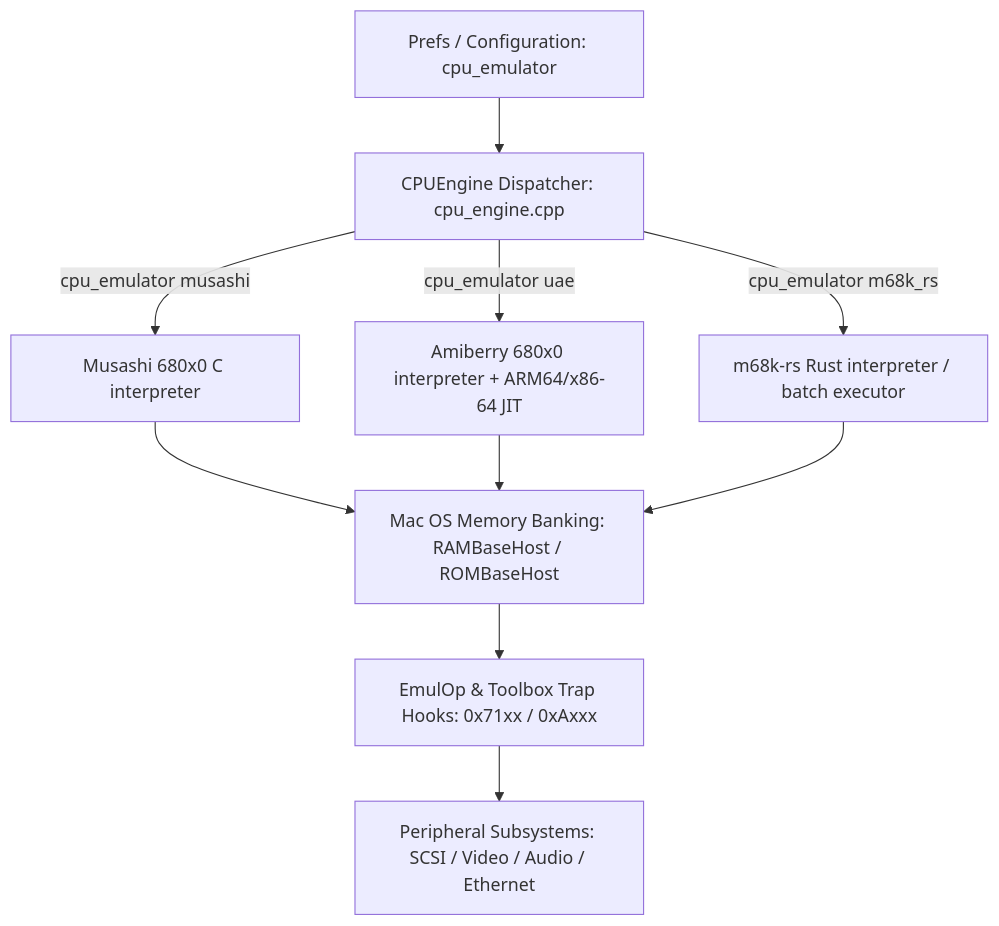
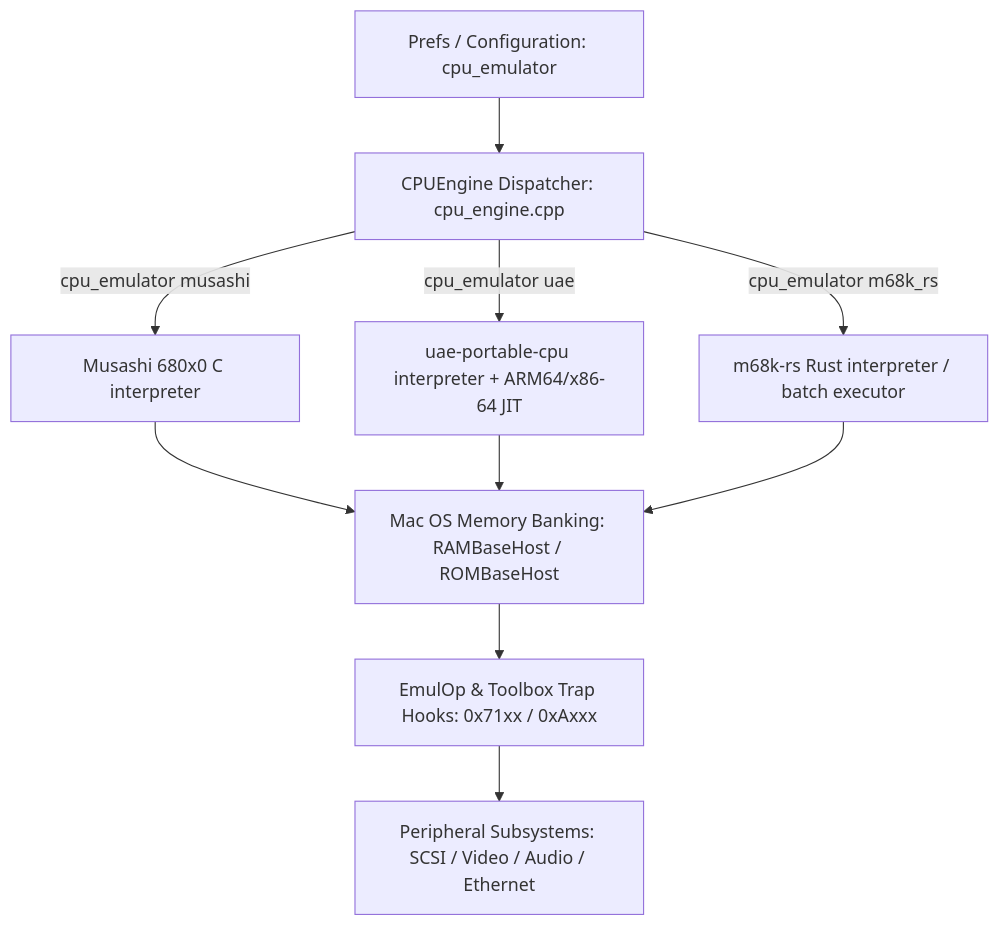
Before and after one commit to ObsoleteMadness/CockatriceIII: the diagram in README.md, drawn with Mermaid. The commit also changed other lines of this file and 7 other files, not shown here.

````diff
--- a/README.md
+++ b/README.md
@@ -147,14 +183,14 @@
 ```mermaid
 graph TD
     A[Prefs / Configuration: cpu_emulator] --> B[CPUEngine Dispatcher: cpu_engine.cpp]
     B -->|cpu_emulator musashi| C[Musashi 680x0 C interpreter]
-    B -->|cpu_emulator uae| E[Amiberry 680x0 interpreter + ARM64/x86-64 JIT]
+    B -->|cpu_emulator uae| E[uae-portable-cpu interpreter + ARM64/x86-64 JIT]
     B -->|cpu_emulator m68k_rs| F[m68k-rs Rust interpreter / batch executor]
 
     C --> G[Mac OS Memory Banking: RAMBaseHost / ROMBaseHost]
     E --> G
     F --> G
 
     G --> J[EmulOp & Toolbox Trap Hooks: 0x71xx / 0xAxxx]
     J --> K[Peripheral Subsystems: SCSI / Video / Audio / Ethernet]
 ```
````
